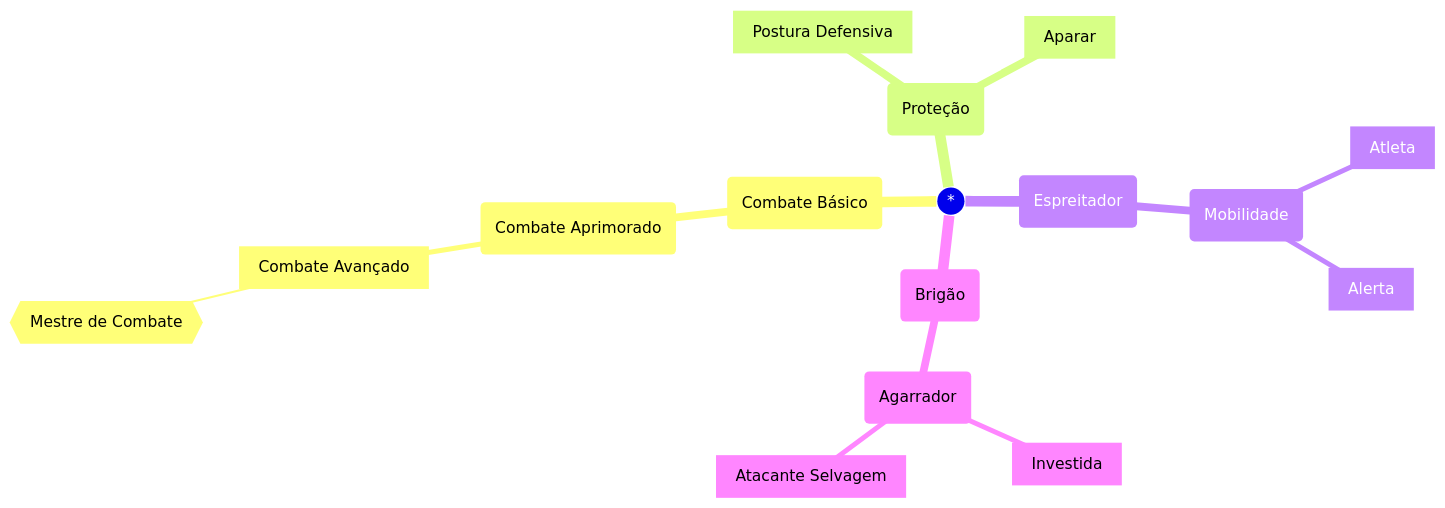
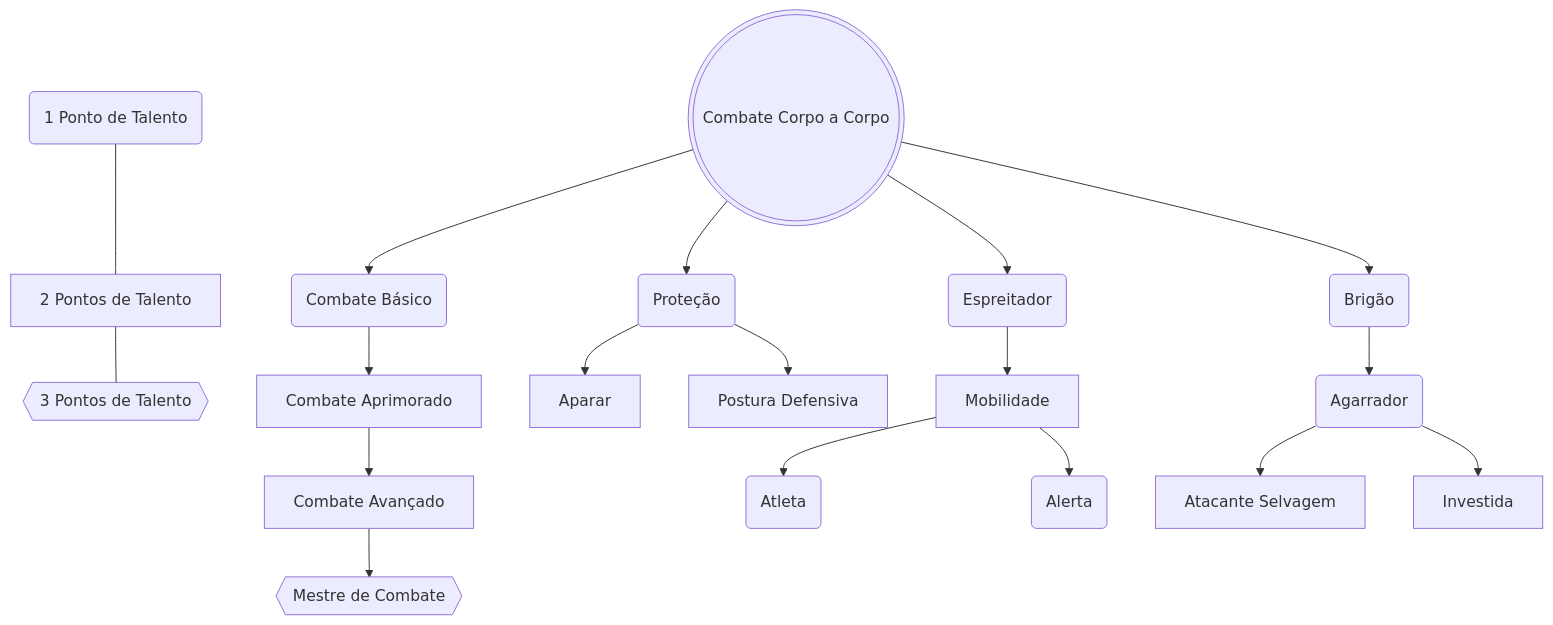
The diagram in content/Talentos/Combate Corpo a Corpo.md (LuanSilveiraSouza/dnd-5e-jjk-suplement), drawn with Mermaid before and after one commit. The commit also changed other lines of this file and 27 other files, not shown here.

````diff
--- a/content/Talentos/Combate Corpo a Corpo.md
+++ b/content/Talentos/Combate Corpo a Corpo.md
@@ -3,19 +1,40 @@
 ```mermaid
-mindmap
-((*))
-	(Combate Básico)
-		(Combate Aprimorado)
-			[Combate Avançado]
-				{{Mestre de Combate}}
-	(Proteção)
-		[Postura Defensiva]
-		[Aparar]
-	(Espreitador)
-		(Mobilidade)
-			[Atleta]
-			[Alerta]
-	(Brigão)
-		(Agarrador)
-			[Investida]
-			[Atacante Selvagem]
+flowchart TD
+id90(1 Ponto de Talento)
+id91[2 Pontos de Talento]
+id92{{3 Pontos de Talento}}
+id90 --- id91
+id91 --- id92
+
+id1(((Combate Corpo a Corpo)))
+id11(Combate Básico)
+id12[Combate Aprimorado]
+id13[Combate Avançado]
+id14{{Mestre de Combate}}
+id21(Proteção)
+id22[Aparar]
+id23[Postura Defensiva]
+id31(Espreitador)
+id32[Mobilidade]
+id33(Atleta)
+id34(Alerta)
+id41(Brigão)
+id42(Agarrador)
+id43[Atacante Selvagem]
+id44[Investida]
+id1 --> id11
+id11 --> id12
+id12 --> id13
+id13 --> id14
+id1 --> id21
+id21 --> id22
+id21 --> id23
+id1 --> id31
+id31 --> id32
+id32 --> id33
+id32 --> id34
+id1 --> id41
+id41 --> id42
+id42 --> id43
+id42 --> id44
 ```
````
